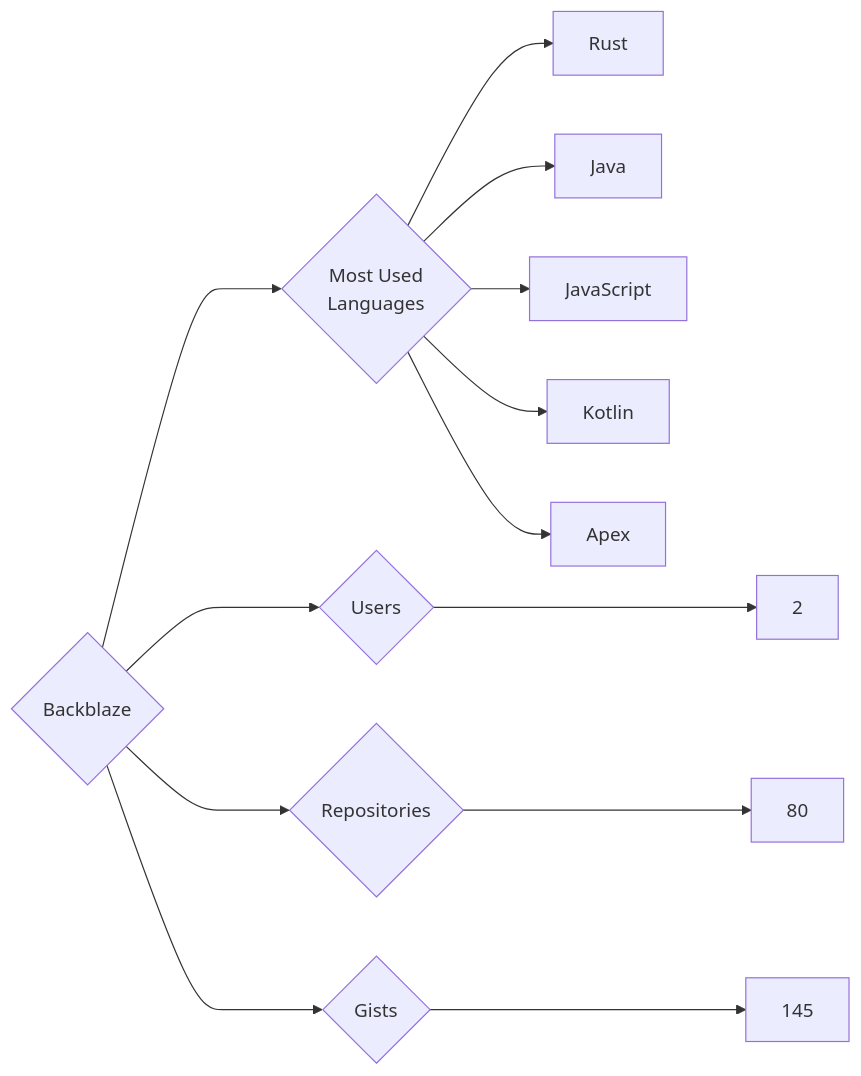
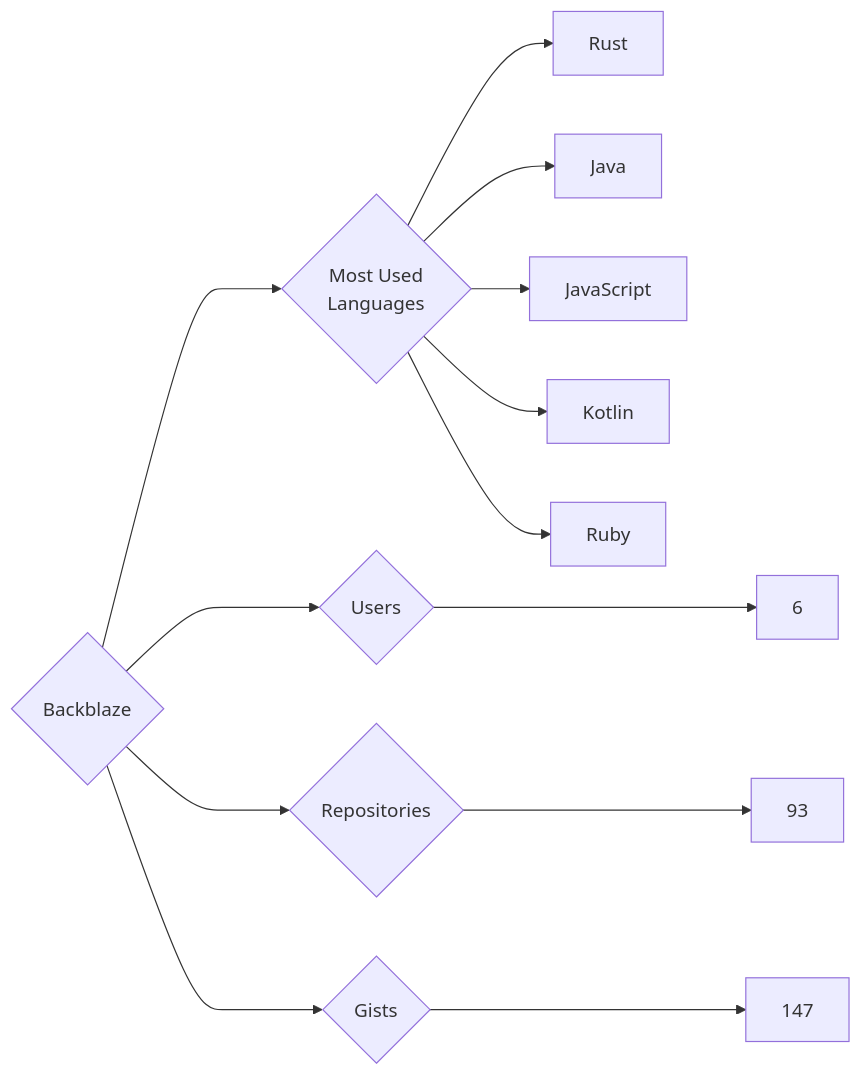
One commit to trickest/insiders changed the diagram in targets/Backblaze/README.md. Above: the diagram before and after it, drawn with Mermaid. The commit also changed 679 other files, not shown here.

````diff
--- a/targets/Backblaze/README.md
+++ b/targets/Backblaze/README.md
@@ -3,13 +3,13 @@
 ```mermaid
 graph LR
 COMPANY_NAME{Backblaze}
-COMPANY_NAME ---> U{Users} ---> UN[2]
-COMPANY_NAME ---> R{Repositories} ---> RN[80]
-COMPANY_NAME ---> G{Gists} ---> GN[145]
+COMPANY_NAME ---> U{Users} ---> UN[6]
+COMPANY_NAME ---> R{Repositories} ---> RN[93]
+COMPANY_NAME ---> G{Gists} ---> GN[147]
 COMPANY_NAME ---> ML{Most Used<br>Languages}
 ML --> Rust[Rust]
 ML --> Java[Java]
 ML --> JavaScript[JavaScript]
 ML --> Kotlin[Kotlin]
-ML --> Apex[Apex]
+ML --> Ruby[Ruby]
 ```
````
